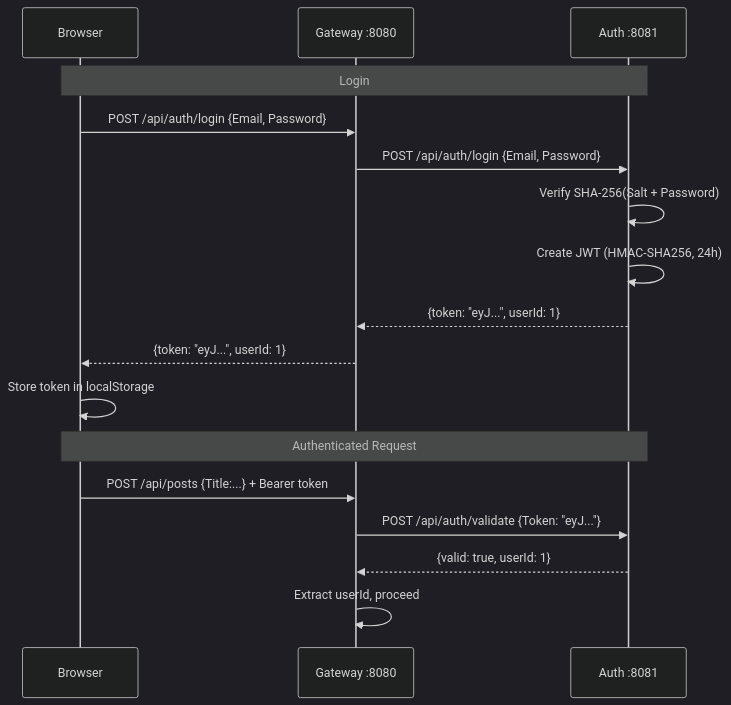
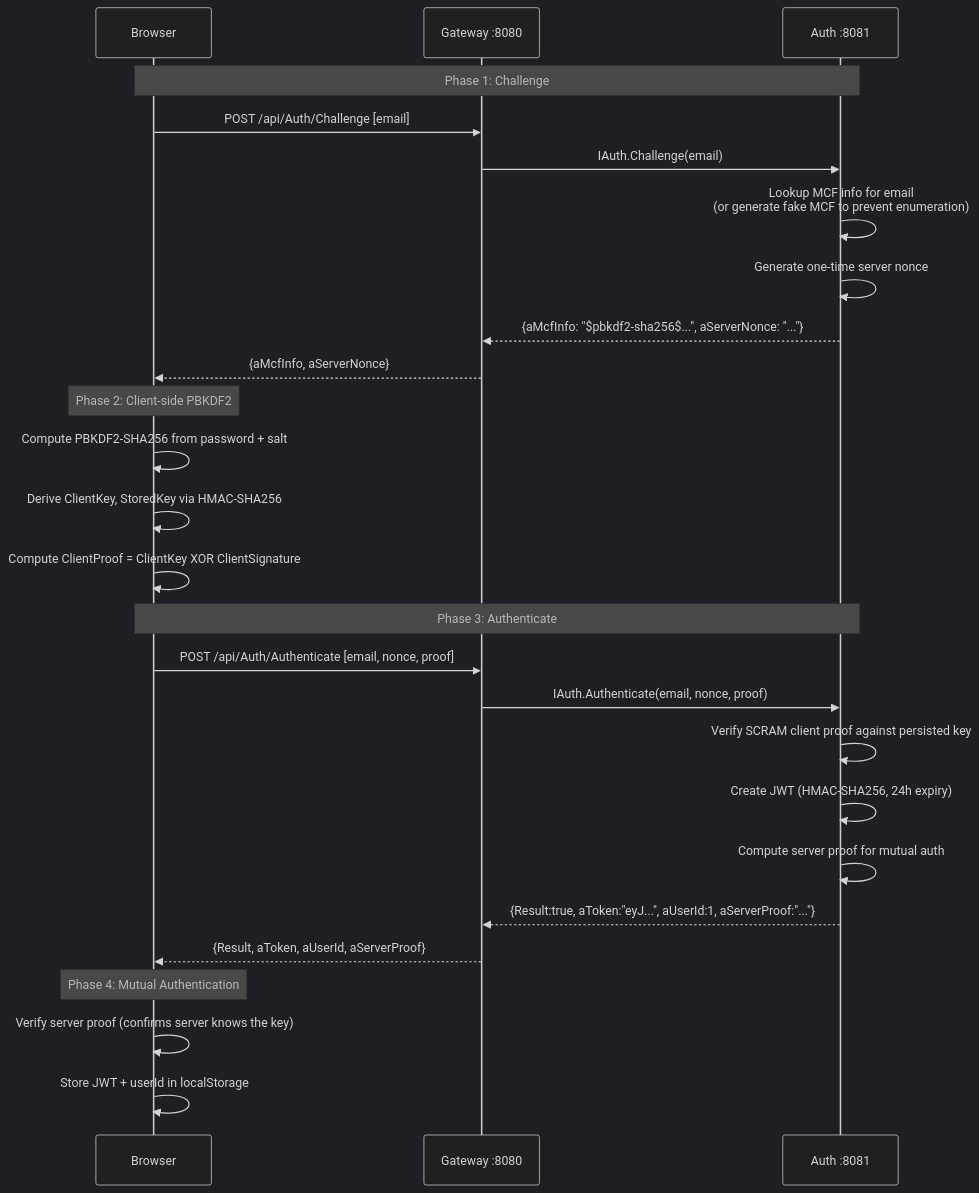
One commit to sakura1977/mormot2-microservices-blog-sample changed the fifth of 9 diagrams in architecture.md. Above: the diagram before and after it, drawn with Mermaid (dark theme). The commit also changed other lines of this file and 5 other files, not shown here.

````diff
--- a/architecture.md
+++ b/architecture.md
@@ -126,21 +172,32 @@
 ```mermaid
 sequenceDiagram
     participant B as Browser
     participant GW as Gateway :8080
     participant A as Auth :8081
 
-    Note over B,A: Login
-    B->>GW: POST /api/auth/login {Email, Password}
-    GW->>A: POST /api/auth/login {Email, Password}
-    A->>A: Verify SHA-256(Salt + Password)
-    A->>A: Create JWT (HMAC-SHA256, 24h)
-    A-->>GW: {token: "eyJ...", userId: 1}
-    GW-->>B: {token: "eyJ...", userId: 1}
-    B->>B: Store token in localStorage
+    Note over B,A: Phase 1: Challenge
+    B->>GW: POST /api/Auth/Challenge [email]
+    GW->>A: IAuth.Challenge(email)
+    A->>A: Lookup MCF info for email<br/>(or generate fake MCF to prevent enumeration)
+    A->>A: Generate one-time server nonce
+    A-->>GW: {aMcfInfo: "$pbkdf2-sha256$...", aServerNonce: "..."}
+    GW-->>B: {aMcfInfo, aServerNonce}
 
-    Note over B,A: Authenticated Request
-    B->>GW: POST /api/posts {Title:...} + Bearer token
-    GW->>A: POST /api/auth/validate {Token: "eyJ..."}
-    A-->>GW: {valid: true, userId: 1}
-    GW->>GW: Extract userId, proceed
+    Note over B: Phase 2: Client-side PBKDF2
+    B->>B: Compute PBKDF2-SHA256 from password + salt
+    B->>B: Derive ClientKey, StoredKey via HMAC-SHA256
+    B->>B: Compute ClientProof = ClientKey XOR ClientSignature
+
+    Note over B,A: Phase 3: Authenticate
+    B->>GW: POST /api/Auth/Authenticate [email, nonce, proof]
+    GW->>A: IAuth.Authenticate(email, nonce, proof)
+    A->>A: Verify SCRAM client proof against persisted key
+    A->>A: Create JWT (HMAC-SHA256, 24h expiry)
+    A->>A: Compute server proof for mutual auth
+    A-->>GW: {Result:true, aToken:"eyJ...", aUserId:1, aServerProof:"..."}
+    GW-->>B: {Result, aToken, aUserId, aServerProof}
+
+    Note over B: Phase 4: Mutual Authentication
+    B->>B: Verify server proof (confirms server knows the key)
+    B->>B: Store JWT + userId in localStorage
 ```
````
